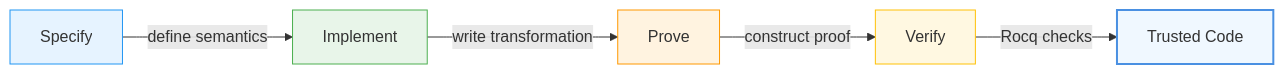
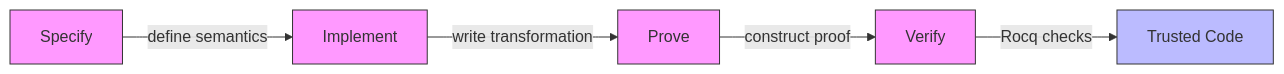
One commit to pulseengine/meld changed the second of 3 diagrams in proofs/PROOF_GUIDE.md. Above: the diagram before and after it, drawn with Mermaid. The commit also changed other lines of this file and 1 other file, not shown here.

````diff
--- a/proofs/PROOF_GUIDE.md
+++ b/proofs/PROOF_GUIDE.md
@@ -178,13 +165,13 @@
 ```mermaid
 flowchart LR
     A[Specify] -->|define semantics| B[Implement]
     B -->|write transformation| C[Prove]
     C -->|construct proof| D[Verify]
     D -->|Rocq checks| E[Trusted Code]
 
-    style A fill:#e6f3ff,stroke:#2196f3
-    style B fill:#e8f5e9,stroke:#4caf50
-    style C fill:#fff3e0,stroke:#ff9800
-    style D fill:#fff8e1,stroke:#ffc107
-    style E fill:#f0f8ff,stroke:#4a90e2,stroke-width:2px
+    classDef buildFill fill:#f9f,stroke:#333;
+    classDef runtimeFill fill:#bbf,stroke:#333;
+
+    class A,B,C,D buildFill
+    class E runtimeFill
 ```
````
